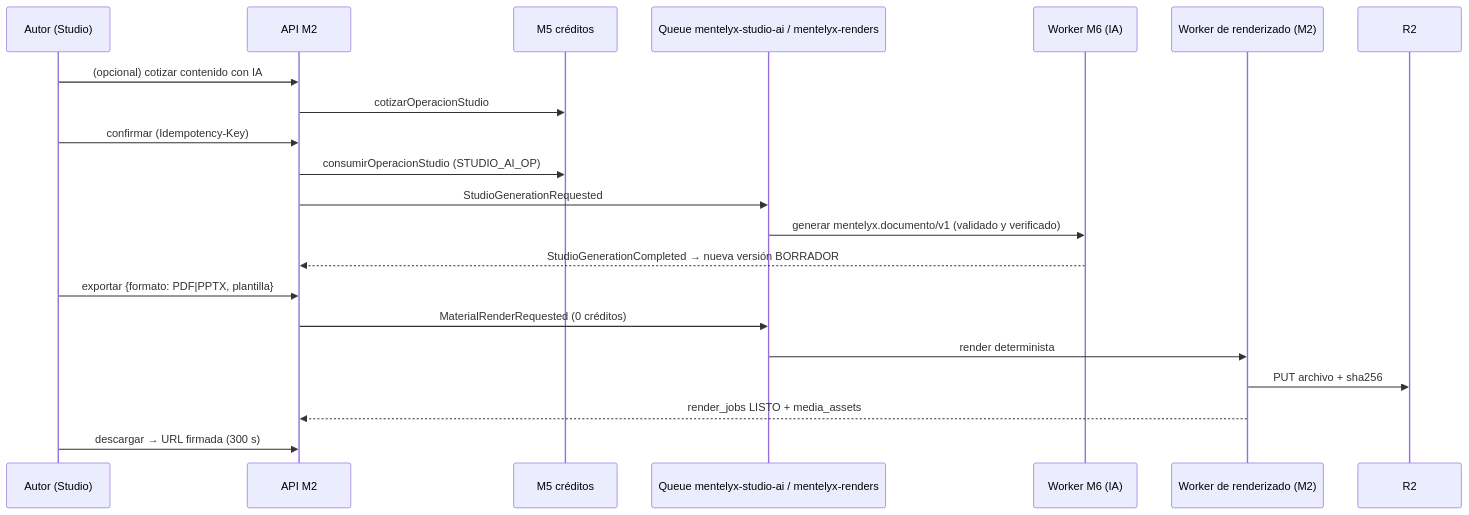
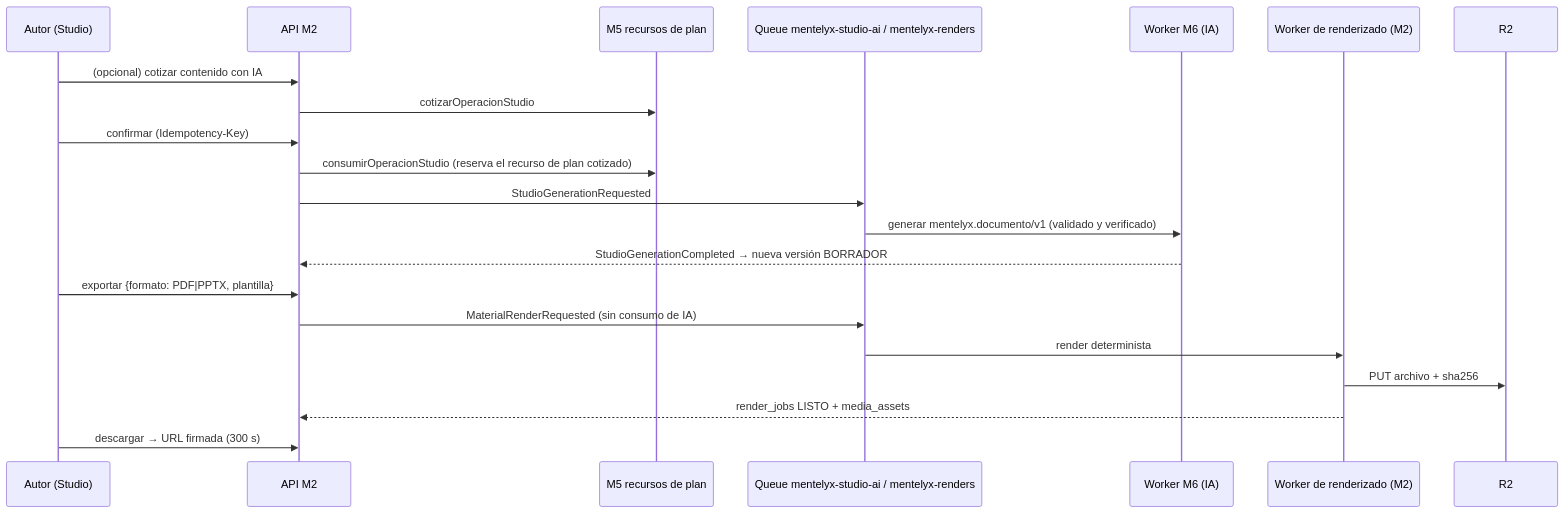
One commit to 100robert/Mentelyx changed the diagram in docs/03-diseño-de-software/diseño-especializado/05-generacion-de-materiales-educativos.md. Above: the diagram before and after it, drawn with Mermaid. The commit also changed other lines of this file and 676 other files, not shown here.

````diff
--- a/docs/03-diseño-de-software/diseño-especializado/05-generacion-de-materiales-educativos.md
+++ b/docs/03-diseño-de-software/diseño-especializado/05-generacion-de-materiales-educativos.md
@@ -27,23 +28,23 @@
 ```mermaid
 sequenceDiagram
   participant U as Autor (Studio)
   participant API as API M2
-  participant M5 as M5 créditos
+  participant M5 as M5 recursos de plan
   participant Q as Queue mentelyx-studio-ai / mentelyx-renders
   participant M6 as Worker M6 (IA)
   participant R as Worker de renderizado (M2)
   participant R2 as R2
   U->>API: (opcional) cotizar contenido con IA
   API->>M5: cotizarOperacionStudio
   U->>API: confirmar (Idempotency-Key)
-  API->>M5: consumirOperacionStudio (STUDIO_AI_OP)
+  API->>M5: consumirOperacionStudio (reserva el recurso de plan cotizado)
   API->>Q: StudioGenerationRequested
   Q->>M6: generar mentelyx.documento/v1 (validado y verificado)
   M6-->>API: StudioGenerationCompleted → nueva versión BORRADOR
   U->>API: exportar {formato: PDF|PPTX, plantilla}
-  API->>Q: MaterialRenderRequested (0 créditos)
+  API->>Q: MaterialRenderRequested (sin consumo de IA)
   Q->>R: render determinista
   R->>R2: PUT archivo + sha256
   R-->>API: render_jobs LISTO + media_assets
   U->>API: descargar → URL firmada (300 s)
 ```
````
